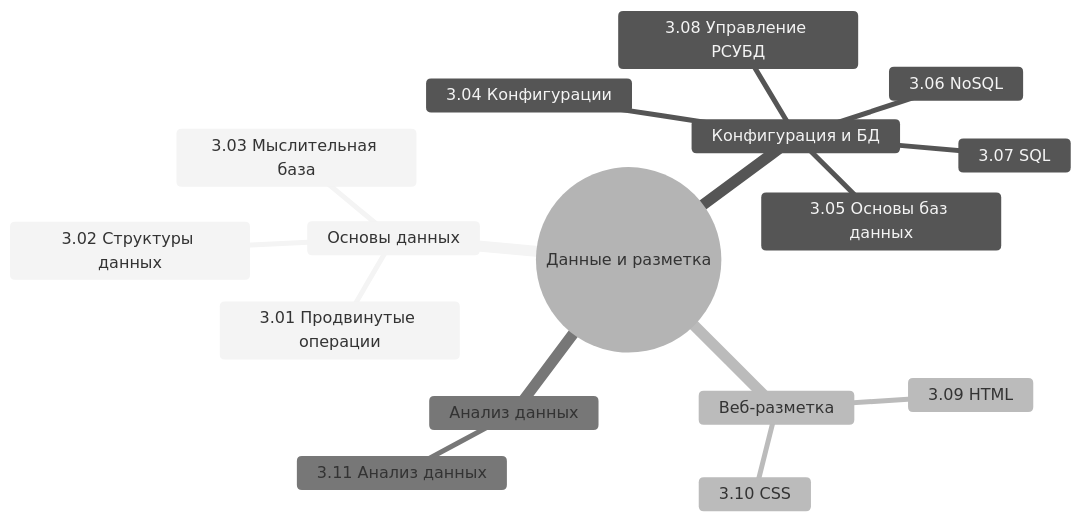
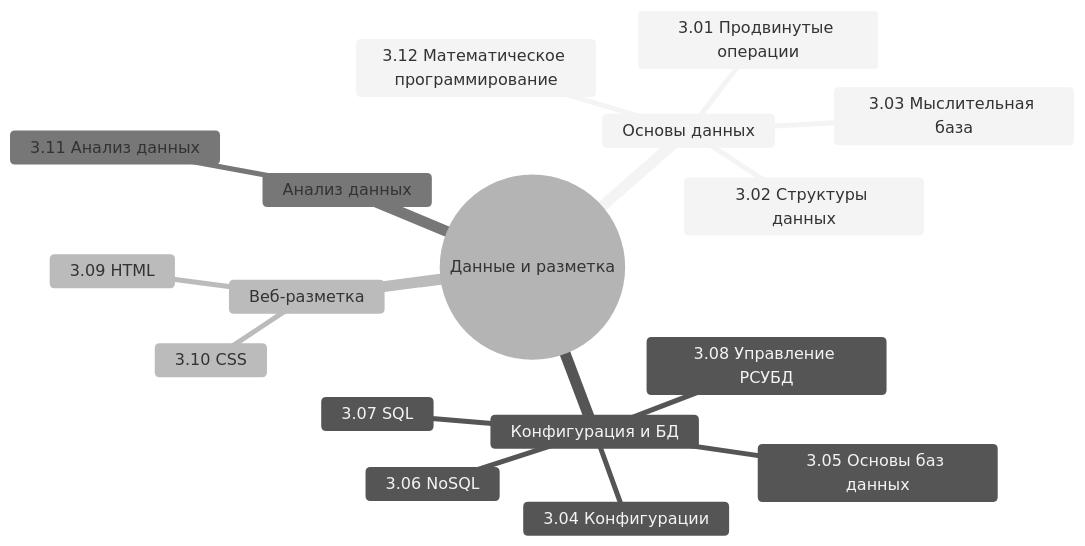
Before and after one commit to Spirzen/it-knowledge-base: the diagram in docs/section/data-markup.md, drawn with Mermaid (neutral theme). The commit also changed other lines of this file and 1227 other files, not shown here.

````diff
--- a/docs/section/data-markup.md
+++ b/docs/section/data-markup.md
@@ -17,19 +17,20 @@
 ```mermaid
 mindmap
   root((Данные и разметка))
     Основы данных
       3.01 Продвинутые операции
       3.02 Структуры данных
       3.03 Мыслительная база
+      3.12 Математическое программирование
     Конфигурация и БД
       3.04 Конфигурации
       3.05 Основы баз данных
       3.06 NoSQL
       3.07 SQL
       3.08 Управление РСУБД
     Веб-разметка
       3.09 HTML
       3.10 CSS
     Анализ данных
       3.11 Анализ данных
 ```
````
